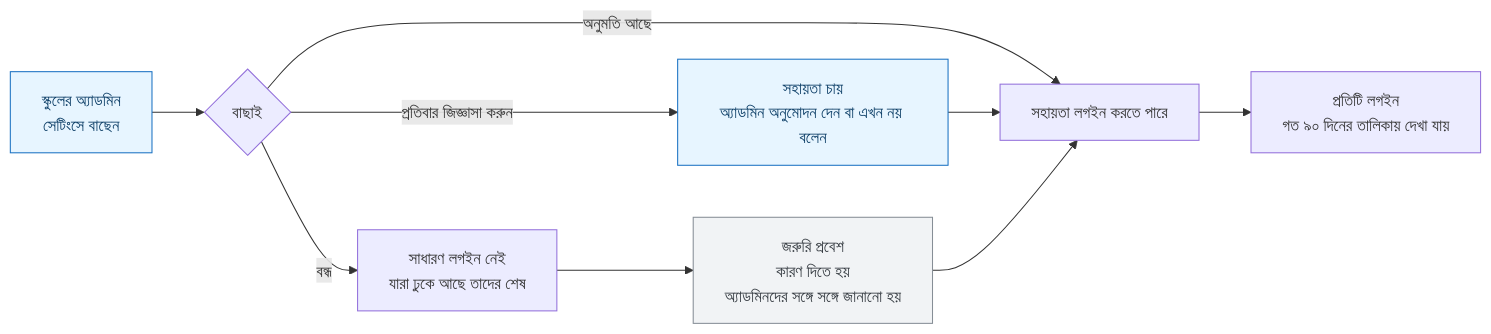
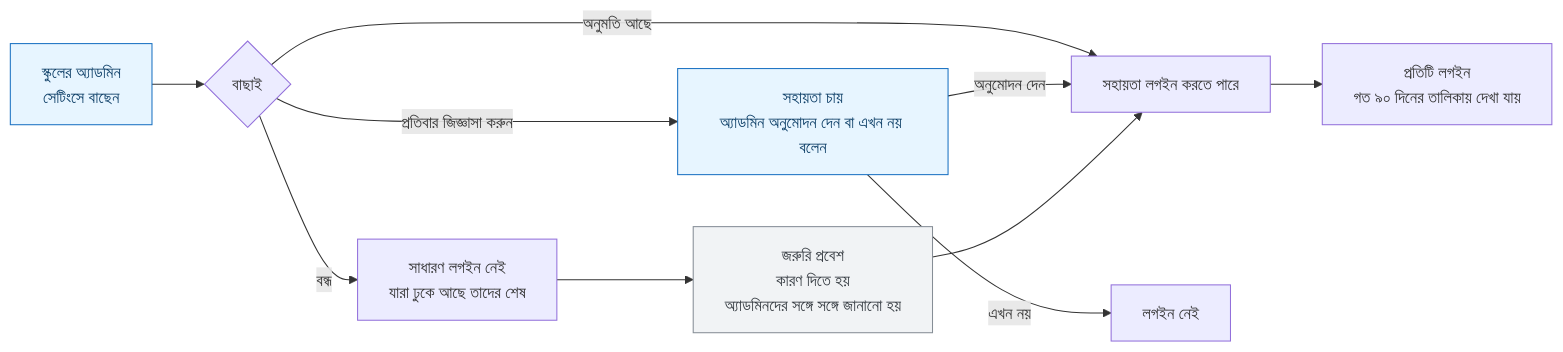
Before and after one commit to tareq89/biddaloy: the diagram in docs/user-guide/_diagrams/administration-support-access-overview.bn.mmd, drawn with Mermaid. The commit also changed 13 other files, not shown here.

Commit message:
fix(login-as): address CodeRabbit review on PR 4116 (docs accuracy, diagrams, login check, owner TOTP step races)

```diff
--- a/docs/user-guide/_diagrams/administration-support-access-overview.bn.mmd
+++ b/docs/user-guide/_diagrams/administration-support-access-overview.bn.mmd
@@ -1,13 +1,14 @@
 %% title: বিডডালয় থেকে কে আপনার স্কুলে ঢুকতে পারে
 %% desc: স্কুলের অ্যাডমিন তিনটি বাছাইয়ের একটি ঠিক করেন। অনুমতি আছে হলে বিডডালয় সহায়তা লগইন করতে পারে। প্রতিবার জিজ্ঞাসা করুন হলে সহায়তাকে চাইতে হয় আর অ্যাডমিন অনুমোদন দেন বা এখন নয় বলেন। বন্ধ হলে সাধারণ লগইন থামে এবং যারা ঢুকে আছে তাদের শেষ করা হয়। জরুরি প্রবেশ সবসময় থাকে, তাতে কারণ দিতে হয় আর অ্যাডমিনদের সঙ্গে সঙ্গে জানানো হয়। প্রতিটি লগইন গত ৯০ দিনের তালিকায় দেখা যায়।
 flowchart LR
   A["স্কুলের অ্যাডমিন<br/>সেটিংসে বাছেন"]:::admin --> C{"বাছাই"}
   C -- অনুমতি আছে --> L1["সহায়তা লগইন করতে পারে"]
   C -- প্রতিবার জিজ্ঞাসা করুন --> Q["সহায়তা চায়<br/>অ্যাডমিন অনুমোদন দেন বা এখন নয় বলেন"]:::admin
-  Q --> L1
+  Q -- অনুমোদন দেন --> L1
+  Q -- এখন নয় --> N["লগইন নেই"]
   C -- বন্ধ --> X["সাধারণ লগইন নেই<br/>যারা ঢুকে আছে তাদের শেষ"]
   X --> EM["জরুরি প্রবেশ<br/>কারণ দিতে হয়<br/>অ্যাডমিনদের সঙ্গে সঙ্গে জানানো হয়"]:::note
   EM --> L1
   L1 --> H["প্রতিটি লগইন<br/>গত ৯০ দিনের তালিকায় দেখা যায়"]
   classDef admin fill:#e7f5ff,stroke:#1971c2,color:#0b3d66
   classDef note fill:#f1f3f5,stroke:#868e96,color:#343a40
```
